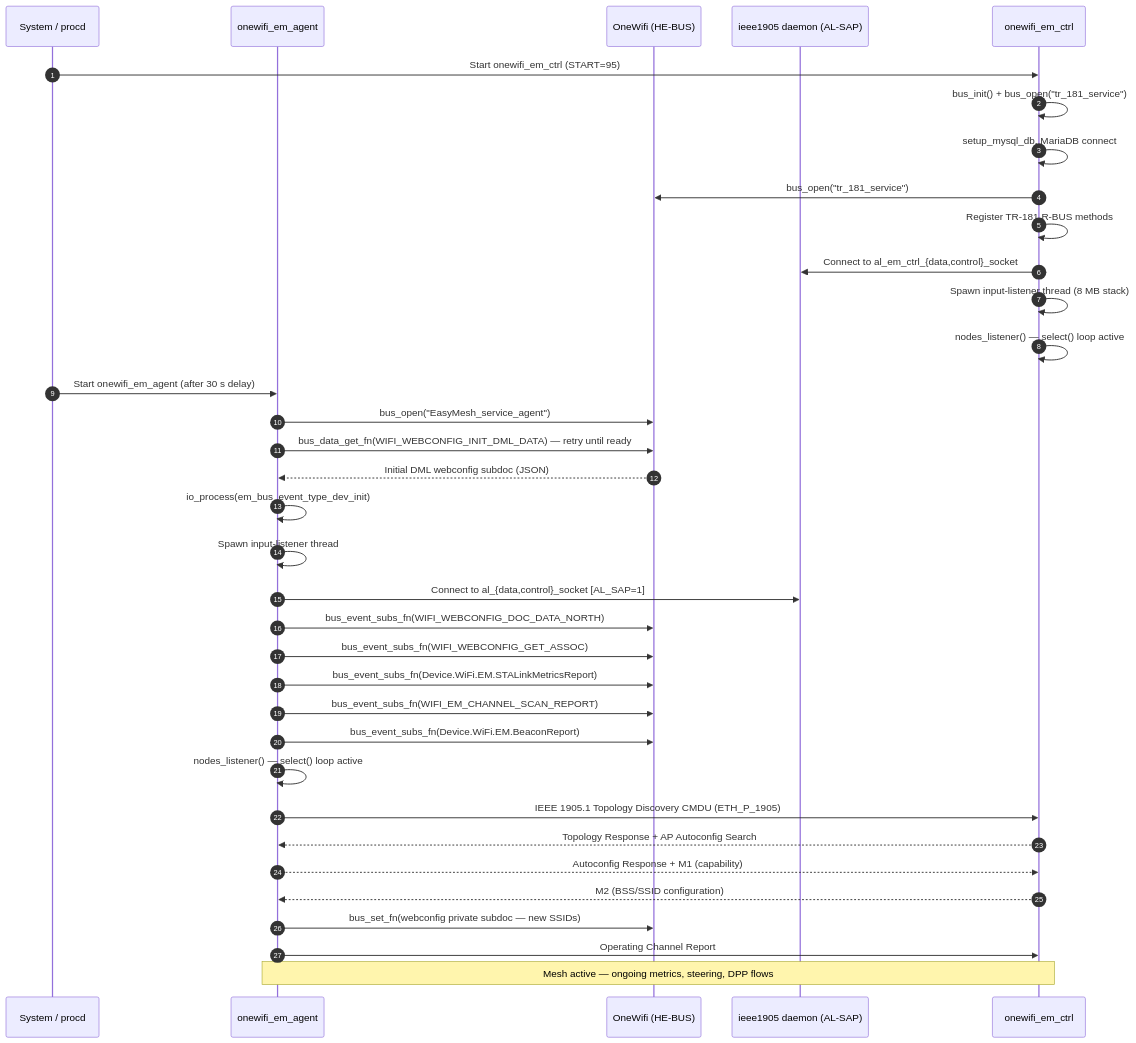
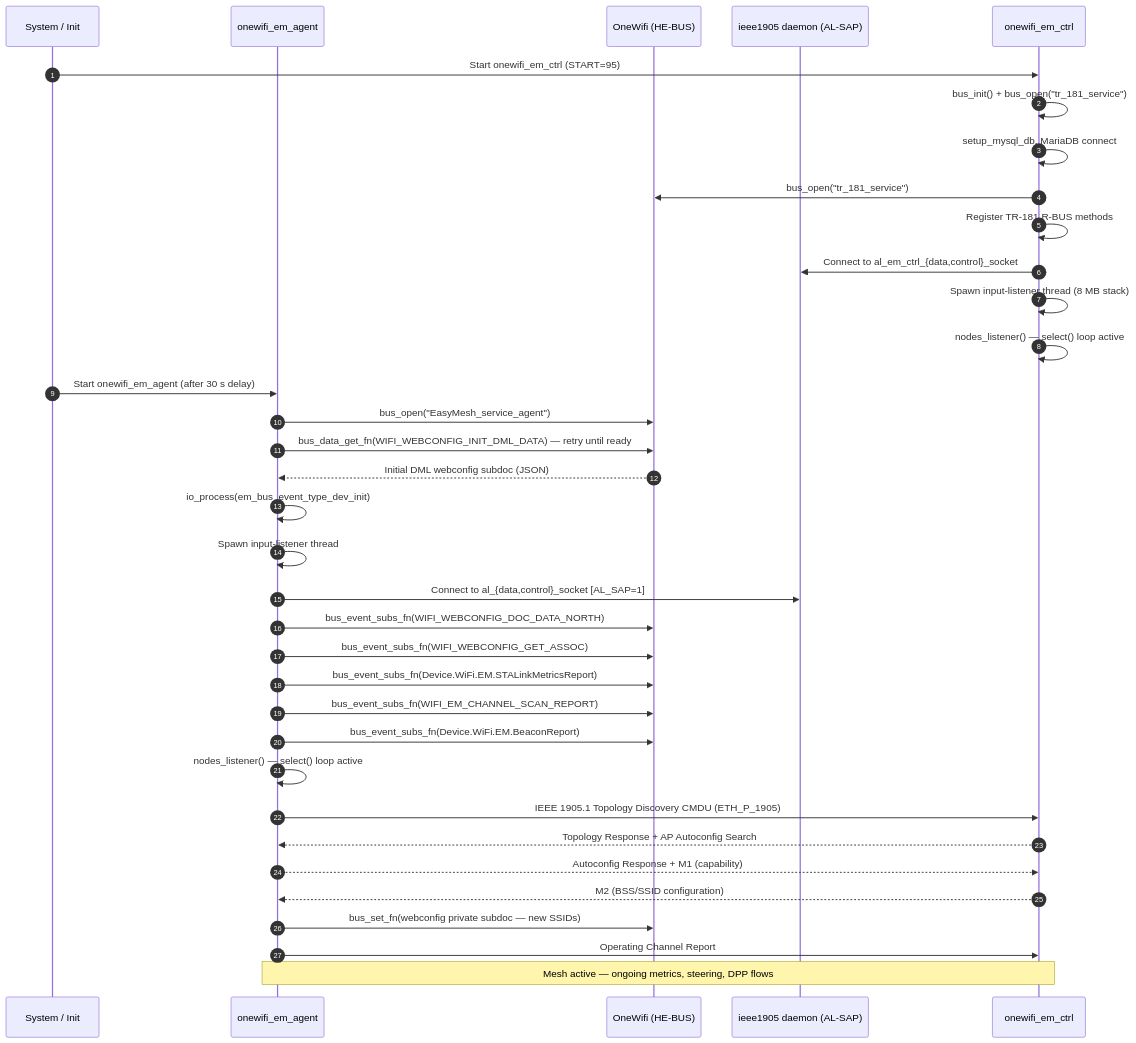
The third of 8 diagrams in docs/docu/dec17/unified-wifi-mesh.md (rns21/RDK_Documentation), drawn with Mermaid before and after one commit. The commit also changed other lines of this file, not shown here.

````diff
--- a/docs/docu/dec17/unified-wifi-mesh.md
+++ b/docs/docu/dec17/unified-wifi-mesh.md
@@ -193,39 +190,39 @@
 ```mermaid
 sequenceDiagram
     autonumber
-    participant Sys as System / procd
+    participant Sys as System / Init
     participant Agent as onewifi_em_agent
     participant OW as OneWifi (HE-BUS)
     participant ALSAP as ieee1905 daemon (AL-SAP)
     participant Ctrl as onewifi_em_ctrl
 
     Sys->>Ctrl: Start onewifi_em_ctrl (START=95)
     Ctrl->>Ctrl: bus_init() + bus_open("tr_181_service")
     Ctrl->>Ctrl: setup_mysql_db, MariaDB connect
     Ctrl->>OW: bus_open("tr_181_service")
     Ctrl->>Ctrl: Register TR-181 R-BUS methods
     Ctrl->>ALSAP: Connect to al_em_ctrl_{data,control}_socket
     Ctrl->>Ctrl: Spawn input-listener thread (8 MB stack)
     Ctrl->>Ctrl: nodes_listener() — select() loop active
 
     Sys->>Agent: Start onewifi_em_agent (after 30 s delay)
     Agent->>OW: bus_open("EasyMesh_service_agent")
     Agent->>OW: bus_data_get_fn(WIFI_WEBCONFIG_INIT_DML_DATA) — retry until ready
     OW-->>Agent: Initial DML webconfig subdoc (JSON)
     Agent->>Agent: io_process(em_bus_event_type_dev_init)
     Agent->>Agent: Spawn input-listener thread
     Agent->>ALSAP: Connect to al_{data,control}_socket [AL_SAP=1]
     Agent->>OW: bus_event_subs_fn(WIFI_WEBCONFIG_DOC_DATA_NORTH)
     Agent->>OW: bus_event_subs_fn(WIFI_WEBCONFIG_GET_ASSOC)
     Agent->>OW: bus_event_subs_fn(Device.WiFi.EM.STALinkMetricsReport)
     Agent->>OW: bus_event_subs_fn(WIFI_EM_CHANNEL_SCAN_REPORT)
     Agent->>OW: bus_event_subs_fn(Device.WiFi.EM.BeaconReport)
     Agent->>Agent: nodes_listener() — select() loop active
     Agent->>Ctrl: IEEE 1905.1 Topology Discovery CMDU (ETH_P_1905)
     Ctrl-->>Agent: Topology Response + AP Autoconfig Search
     Agent-->>Ctrl: Autoconfig Response + M1 (capability)
     Ctrl-->>Agent: M2 (BSS/SSID configuration)
     Agent->>OW: bus_set_fn(webconfig private subdoc — new SSIDs)
     Agent->>Ctrl: Operating Channel Report
     Note over Agent,Ctrl: Mesh active — ongoing metrics, steering, DPP flows
 ```
````
